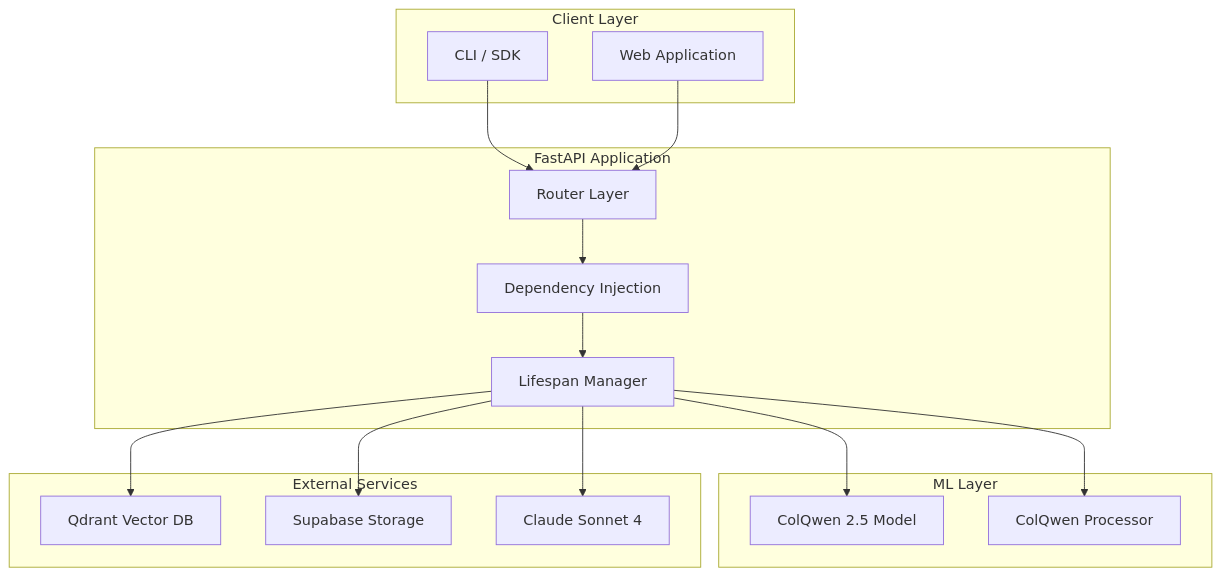
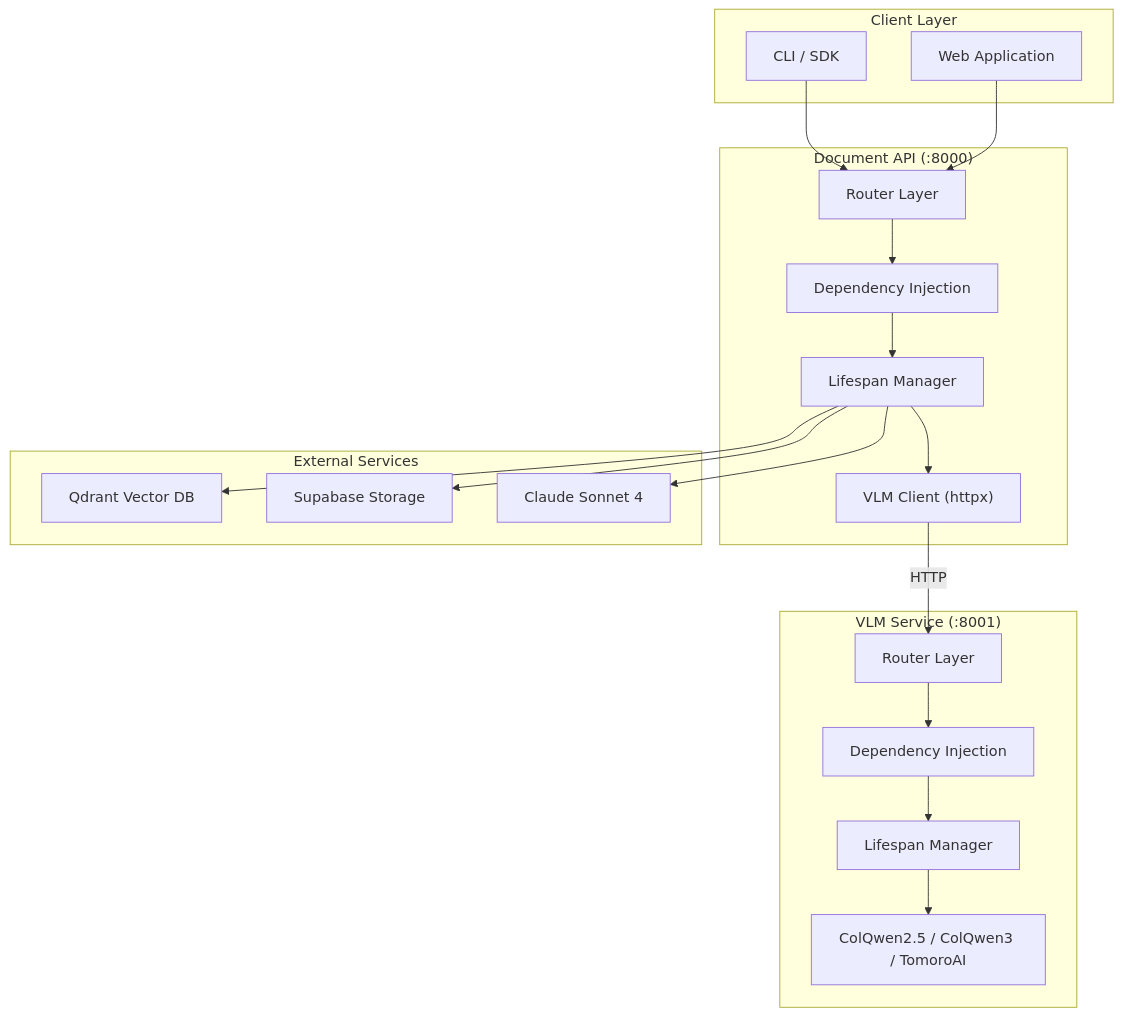
The first of 6 diagrams in docs/architecture.md (akosgintl/colpali-rag-app), drawn with Mermaid before and after one commit. The commit also changed other lines of this file and 84 other files, not shown here.

Commit message:
refactored to document-api and colpali-vlm projects

````diff
--- a/docs/architecture.md
+++ b/docs/architecture.md
@@ -7,34 +7,40 @@
 ```mermaid
 graph TB
     subgraph Client["Client Layer"]
         CLI["CLI / SDK"]
         Web["Web Application"]
     end
 
-    subgraph API["FastAPI Application"]
-        Router["Router Layer"]
-        Deps["Dependency Injection"]
-        Lifespan["Lifespan Manager"]
+    subgraph DocAPI["Document API (:8000)"]
+        APIRouter["Router Layer"]
+        APIDeps["Dependency Injection"]
+        APILifespan["Lifespan Manager"]
+        VLMClient["VLM Client (httpx)"]
     end
 
-    subgraph ML["ML Layer"]
-        ColQwen["ColQwen 2.5 Model"]
-        Processor["ColQwen Processor"]
+    subgraph VLMService["VLM Service (:8001)"]
+        VLMRouter["Router Layer"]
+        VLMDeps["Dependency Injection"]
+        VLMLifespan["Lifespan Manager"]
+        Model["ColQwen2.5 / ColQwen3 / TomoroAI"]
     end
 
     subgraph External["External Services"]
         Qdrant["Qdrant Vector DB"]
         Supabase["Supabase Storage"]
         Anthropic["Claude Sonnet 4"]
     end
 
-    CLI --> Router
-    Web --> Router
-    Router --> Deps
-    Deps --> Lifespan
-    Lifespan --> ColQwen
-    Lifespan --> Processor
-    Lifespan --> Qdrant
-    Lifespan --> Supabase
-    Lifespan --> Anthropic
+    CLI --> APIRouter
+    Web --> APIRouter
+    APIRouter --> APIDeps
+    APIDeps --> APILifespan
+    APILifespan --> VLMClient
+    VLMClient -->|HTTP| VLMRouter
+    VLMRouter --> VLMDeps
+    VLMDeps --> VLMLifespan
+    VLMLifespan --> Model
+    APILifespan --> Qdrant
+    APILifespan --> Supabase
+    APILifespan --> Anthropic
 ```
````
